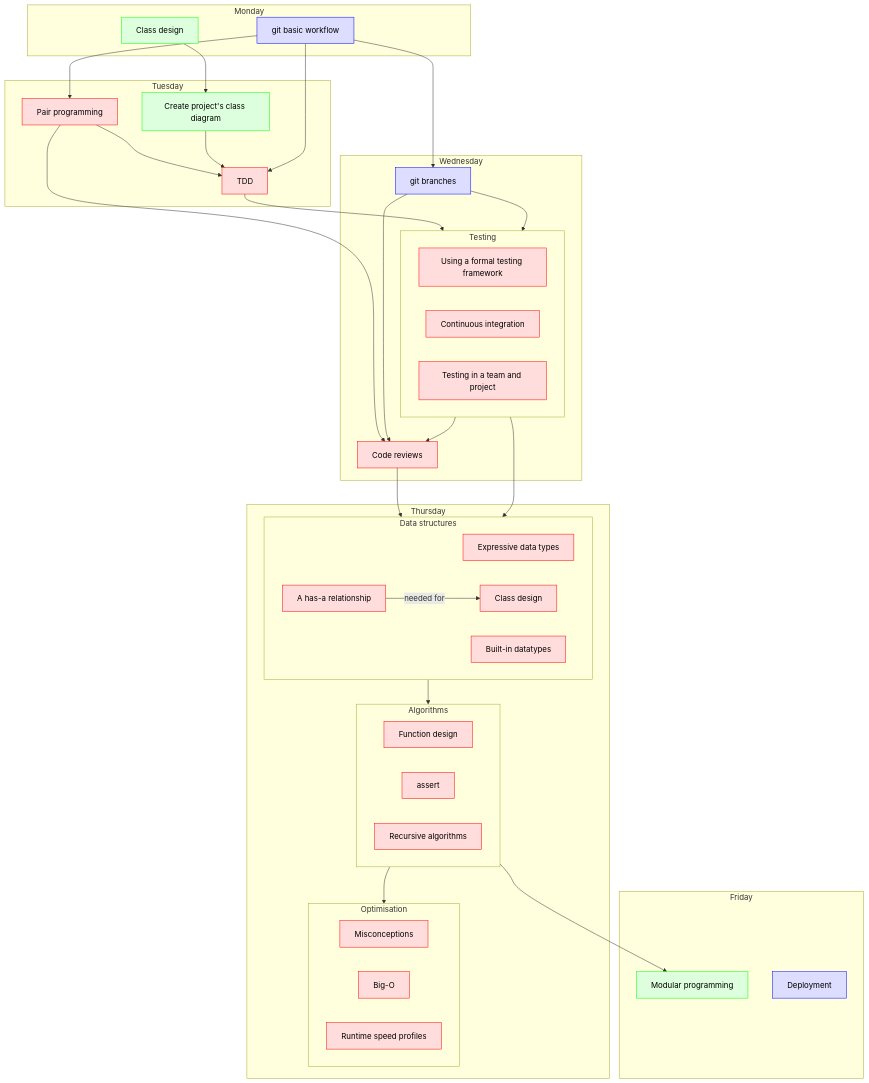
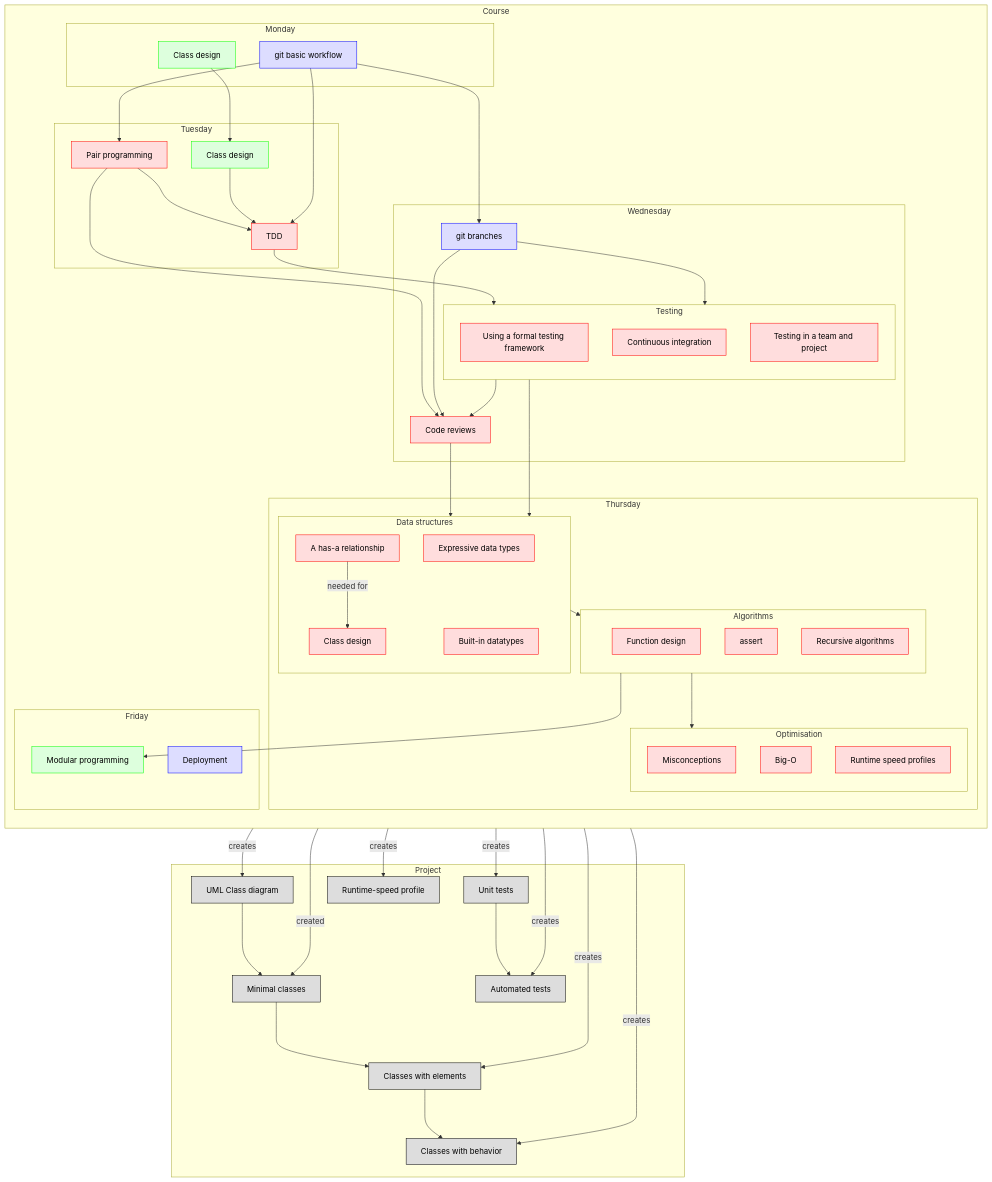
The second of 2 diagrams in docs/intro.md (UPPMAX/programming_formalisms), drawn with Mermaid before and after one commit.

Commit message:
Add detailed overview with project

````diff
--- a/docs/intro.md
+++ b/docs/intro.md
@@ -113,16 +113,33 @@
 ```mermaid
-flowchart TD
+flowchart TB
 
   classDef bjorn_node fill:#ddf,color:#000,stroke:#00f
   classDef lars_node fill:#dfd,color:#000,stroke:#0f0
   classDef richel_node fill:#fdd,color:#000,stroke:#f00
+  classDef project_node fill:#ddd,color:#000,stroke:#000
+  subgraph project[Project]
+    uml_class_diagram[UML Class diagram]:::project_node
+    minimal_classes[Minimal classes]:::project_node
+    unit_tests[Unit tests]:::project_node
+    automated_tests[Automated tests]:::project_node
+    classes_with_elements[Classes with elements]:::project_node
+    classes_with_behavior[Classes with behavior]:::project_node
+    runtime_speed_profile[Runtime-speed profile]:::project_node
 
+    uml_class_diagram ---> minimal_classes
+    minimal_classes ---> classes_with_elements
+    classes_with_elements ---> classes_with_behavior
+    unit_tests ---> automated_tests
+
+  end
+  subgraph course[Course]
+    direction TB
   subgraph day_1[Monday]
     git_basic[git basic workflow]:::bjorn_node
     class_design[Class design]:::lars_node
   end
   subgraph day_2[Tuesday]
-    class_diagram[Create project's class diagram]:::lars_node
+    class_design_2[Class design]:::lars_node
     pair_programming[Pair programming]:::richel_node
     tdd[TDD]:::richel_node
   end
@@ -158,15 +175,18 @@
     modular_programming[Modular programming]:::lars_node
     deployment[Deployment]:::bjorn_node
   end
+  end
 
 
   git_basic --> pair_programming
   pair_programming --> tdd
   git_basic --> git_branches
   pair_programming --> code_reviews
+  pair_programming --> |created| minimal_classes
   git_branches --> code_reviews
-  class_design --> class_diagram
-  class_diagram --> tdd
+  class_design --> class_design_2
+  class_design_2 --> |creates| uml_class_diagram
+  class_design_2 --> tdd
   git_basic --> tdd
   tdd --> testing
   git_branches --> testing
@@ -176,4 +196,11 @@
   data_structures --> algorithms
   algorithms --> modular_programming
   algorithms --> optimisation
+
+  testing_framework --> |creates| unit_tests
+  continuous_integration --> |creates| automated_tests
+  has_a_relationship --> |creates| classes_with_elements
+  function_design --> |creates| classes_with_behavior
+  runtime_speed_profiles --> |creates| runtime_speed_profile
+
 ```
````
